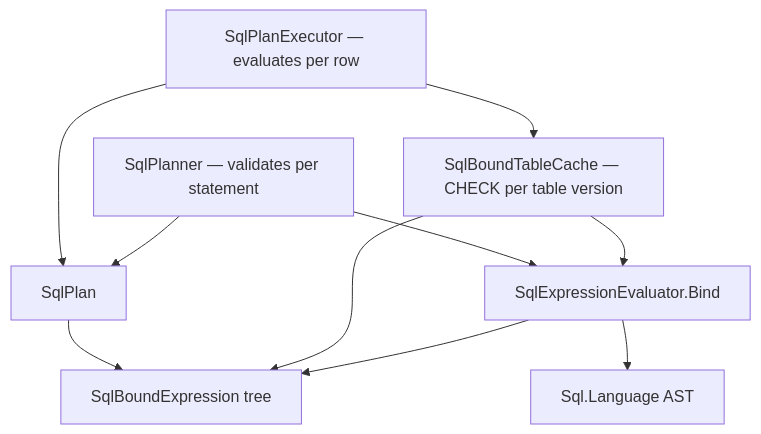
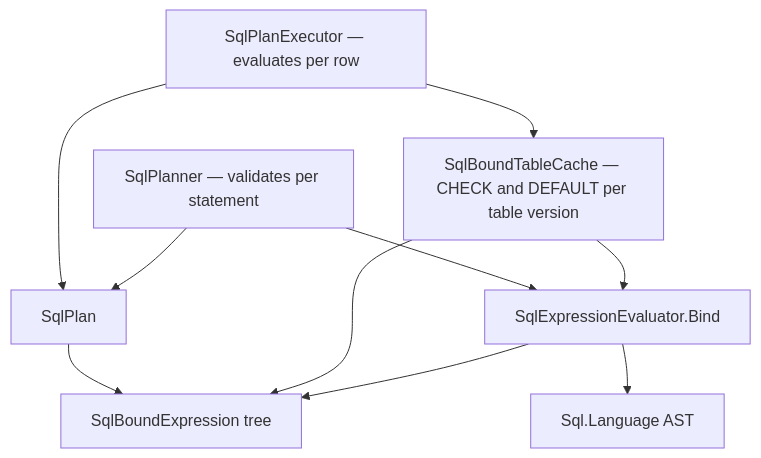
One commit to assimalign/cohesion changed the first of 4 diagrams in resources/Database/Assimalign.Cohesion.Database.Sql/docs/DESIGN.md. Above: the diagram before and after it, drawn with Mermaid. The commit also changed other lines of this file and 18 other files, not shown here.

````diff
--- a/resources/Database/Assimalign.Cohesion.Database.Sql/docs/DESIGN.md
+++ b/resources/Database/Assimalign.Cohesion.Database.Sql/docs/DESIGN.md
@@ -85,12 +85,12 @@
 ```mermaid
 flowchart TD
     Executor["SqlPlanExecutor — evaluates per row"] --> Plan["SqlPlan"]
-    Executor --> Cache["SqlBoundTableCache — CHECK per table version"]
+    Executor --> Cache["SqlBoundTableCache — CHECK and DEFAULT per table version"]
     Planner["SqlPlanner — validates per statement"] --> Plan
     Planner --> Binder["SqlExpressionEvaluator.Bind"]
     Cache --> Binder
     Plan --> Bound["SqlBoundExpression tree"]
     Cache --> Bound
     Binder --> Bound
     Binder --> Ast["Sql.Language AST"]
 ```
````
